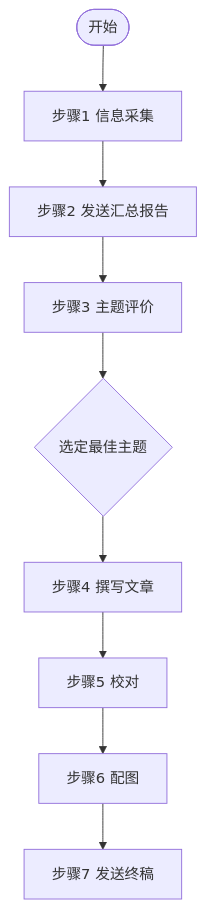
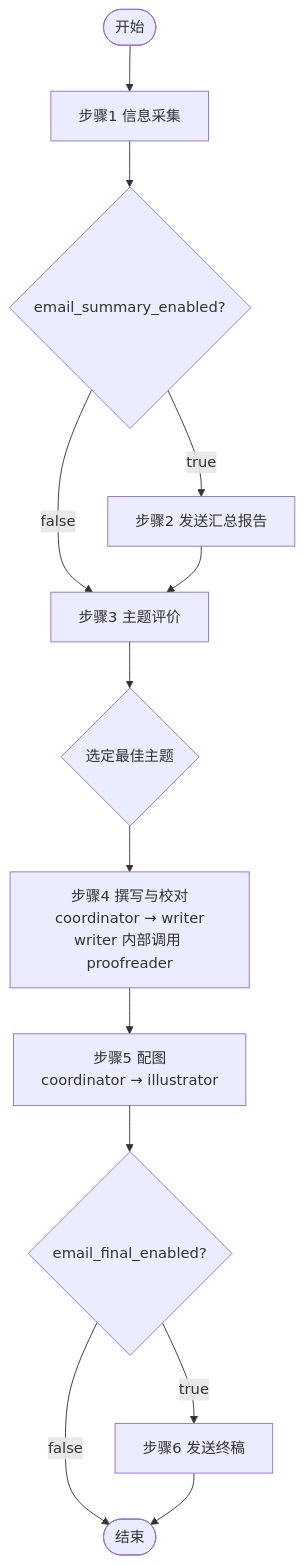
The diagram in workflows/workflow_mp-auto-pipeline.md (bruce1977/penbot), drawn with Mermaid before and after one commit. The commit also changed other lines of this file and 12 other files, not shown here.

````diff
--- a/workflows/workflow_mp-auto-pipeline.md
+++ b/workflows/workflow_mp-auto-pipeline.md
@@ -23,11 +25,15 @@
 ```mermaid
 flowchart TD
     S([开始]) --> S1[步骤1 信息采集]
-    S1 --> S2[步骤2 发送汇总报告]
+    S1 --> E2{email_summary_enabled?}
+    E2 -- true --> S2[步骤2 发送汇总报告]
+    E2 -- false --> S3
     S2 --> S3[步骤3 主题评价]
     S3 --> D{选定最佳主题}
-    D --> S4[步骤4 撰写文章]
-    S4 --> S5[步骤5 校对]
-    S5 --> S6[步骤6 配图]
-    S6 --> S7[步骤7 发送终稿]
+    D --> S4[步骤4 撰写与校对<br/>coordinator → writer<br/>writer 内部调用 proofreader]
+    S4 --> S5[步骤5 配图<br/>coordinator → illustrator]
+    S5 --> E7{email_final_enabled?}
+    E7 -- true --> S6[步骤6 发送终稿]
+    E7 -- false --> F
+    S6 --> F([结束])
 ```
````
